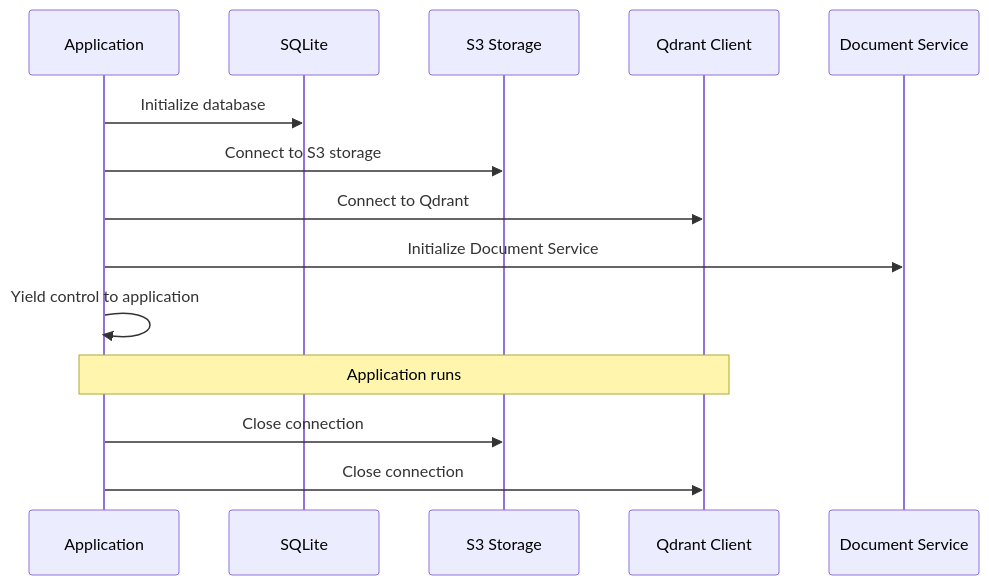
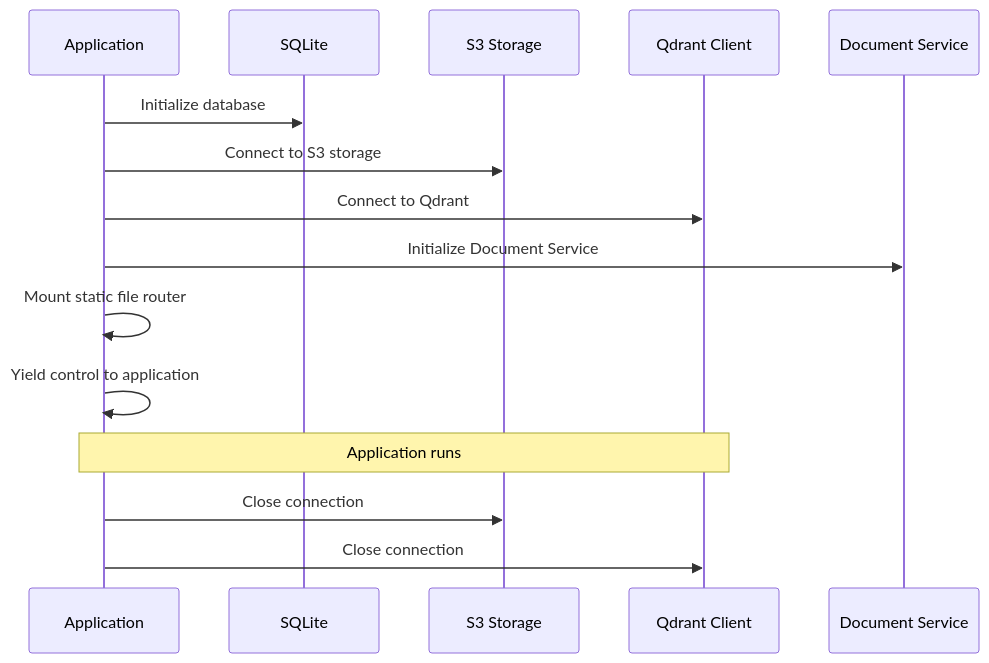
Before and after one commit to ognelis/cafetera_hr_bot: the second of 7 diagrams in .qoder/repowiki/en/content/Development Workflow/Main Application Entry Point.md, drawn with Mermaid. The commit also changed other lines of this file and 5 other files, not shown here.

````diff
--- a/.qoder/repowiki/en/content/Development Workflow/Main Application Entry Point.md
+++ b/.qoder/repowiki/en/content/Development Workflow/Main Application Entry Point.md
@@ -98,16 +108,17 @@
 ```mermaid
 sequenceDiagram
 participant App as Application
 participant DB as SQLite
 participant S3 as S3 Storage
 participant Qdrant as Qdrant Client
 participant Service as Document Service
 App->>DB : Initialize database
 App->>S3 : Connect to S3 storage
 App->>Qdrant : Connect to Qdrant
 App->>Service : Initialize Document Service
+App->>App : Mount static file router
 App->>App : Yield control to application
 Note over App,Qdrant : Application runs
 App->>S3 : Close connection
 App->>Qdrant : Close connection
 ```
````
